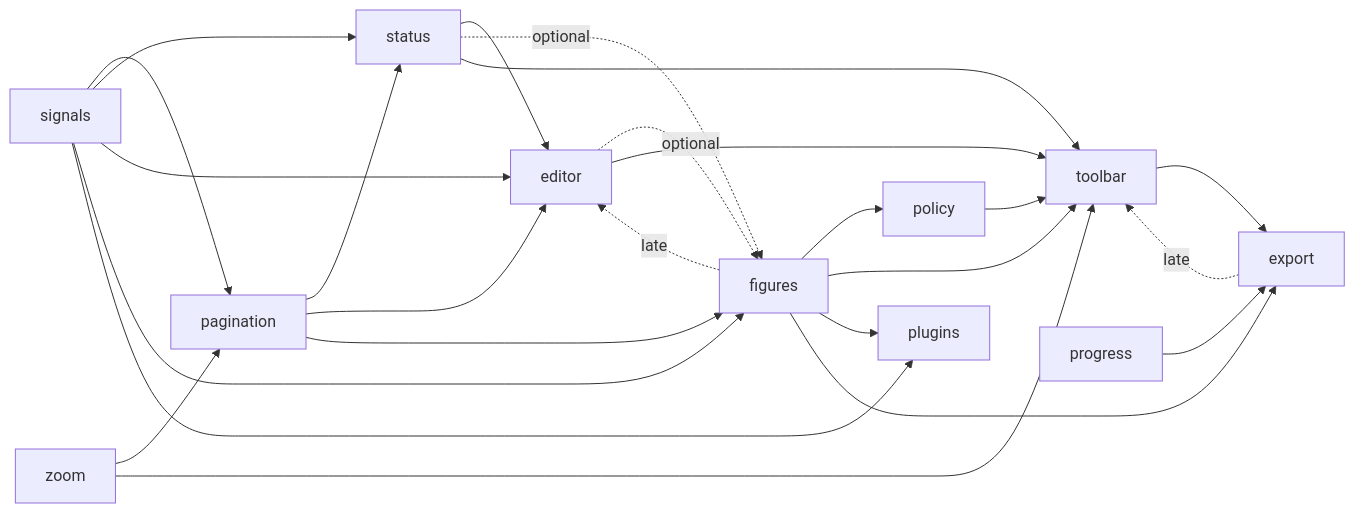
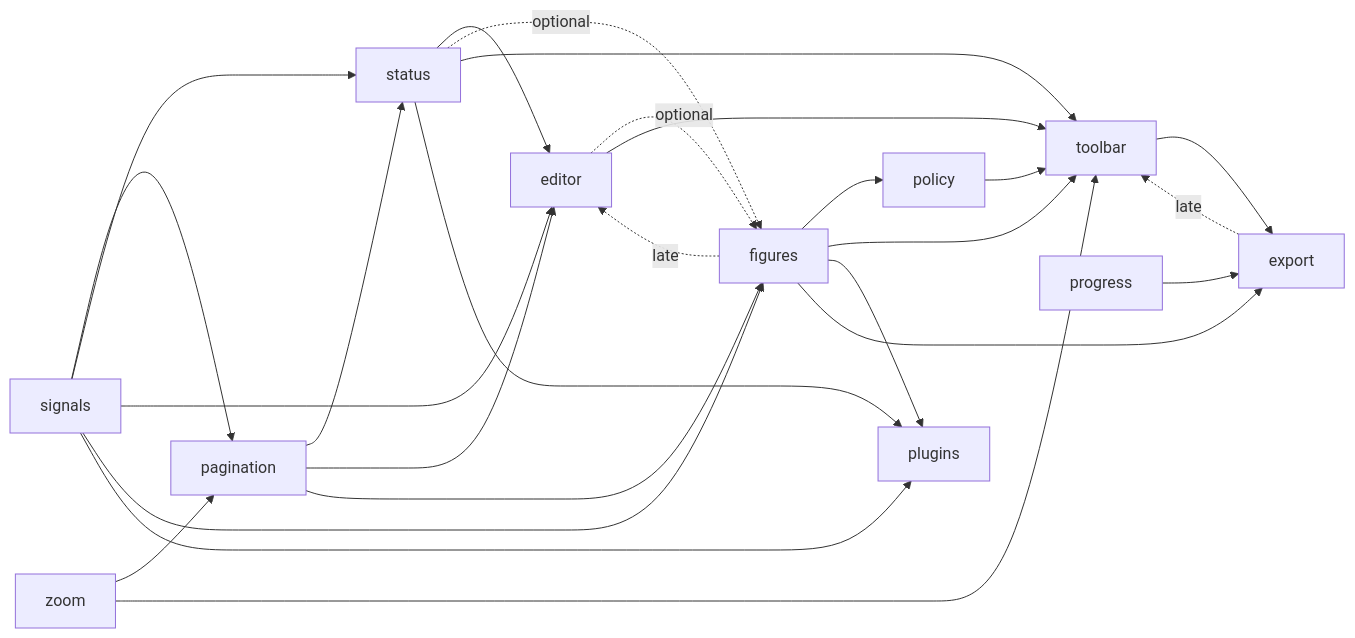
One commit to nakrasian/standalone-doc changed the diagram in DEPS.md. Above: the diagram before and after it, drawn with Mermaid. The commit also changed other lines of this file and 19 other files, not shown here.

````diff
--- a/DEPS.md
+++ b/DEPS.md
@@ -26,27 +26,28 @@
 ```mermaid
 graph LR
   signals --> pagination
   zoom --> pagination
   signals --> status
   pagination --> status
   signals --> editor
   status --> editor
   pagination --> editor
   figures -.->|late| editor
   signals --> figures
   pagination --> figures
   status -.->|optional| figures
   editor -.->|optional| figures
   figures --> policy
   zoom --> toolbar
   editor --> toolbar
   figures --> toolbar
   status --> toolbar
   policy --> toolbar
   export -.->|late| toolbar
   signals --> plugins
   figures --> plugins
+  status --> plugins
   figures --> export
   toolbar --> export
   progress --> export
 ```
````
